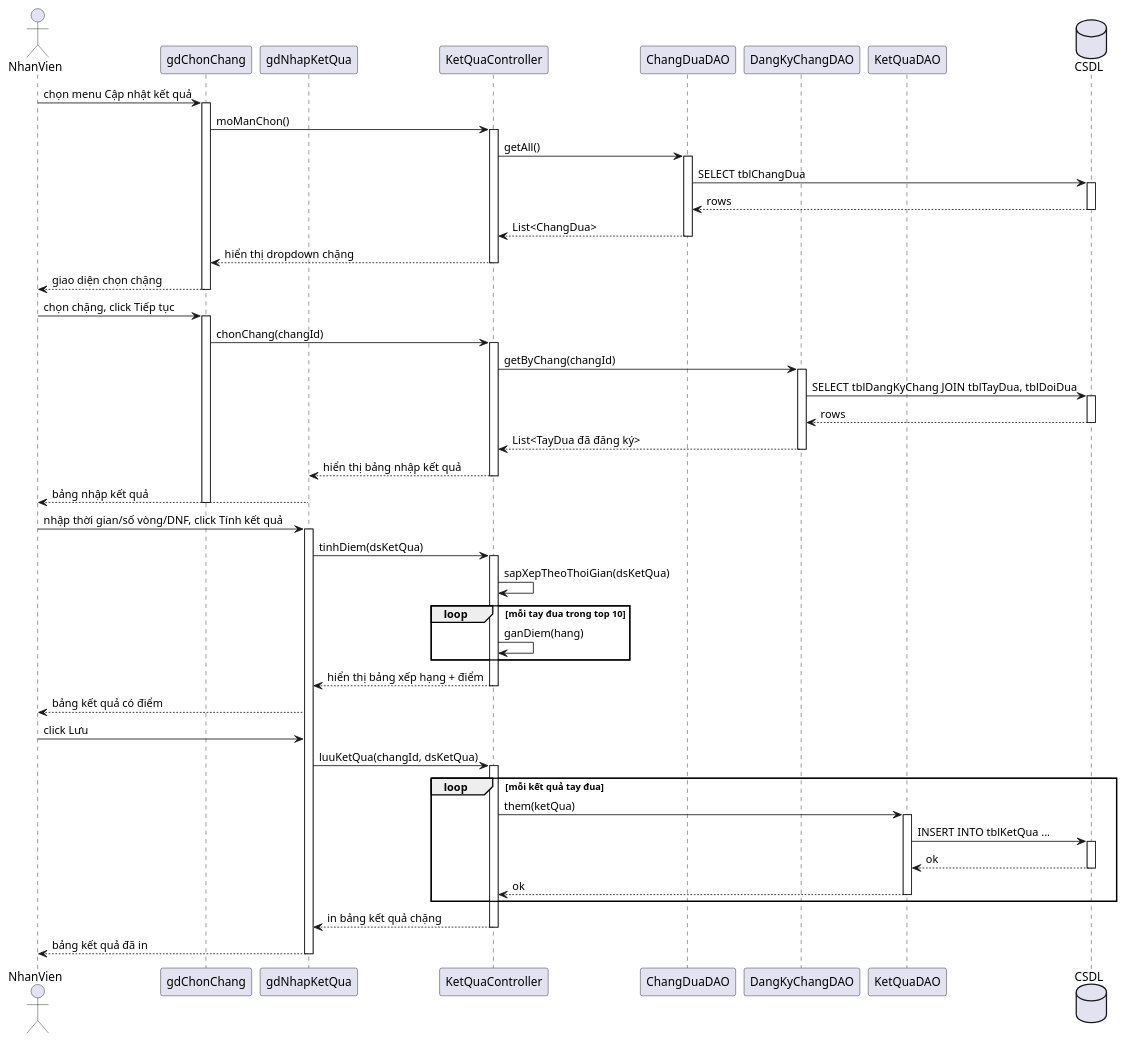
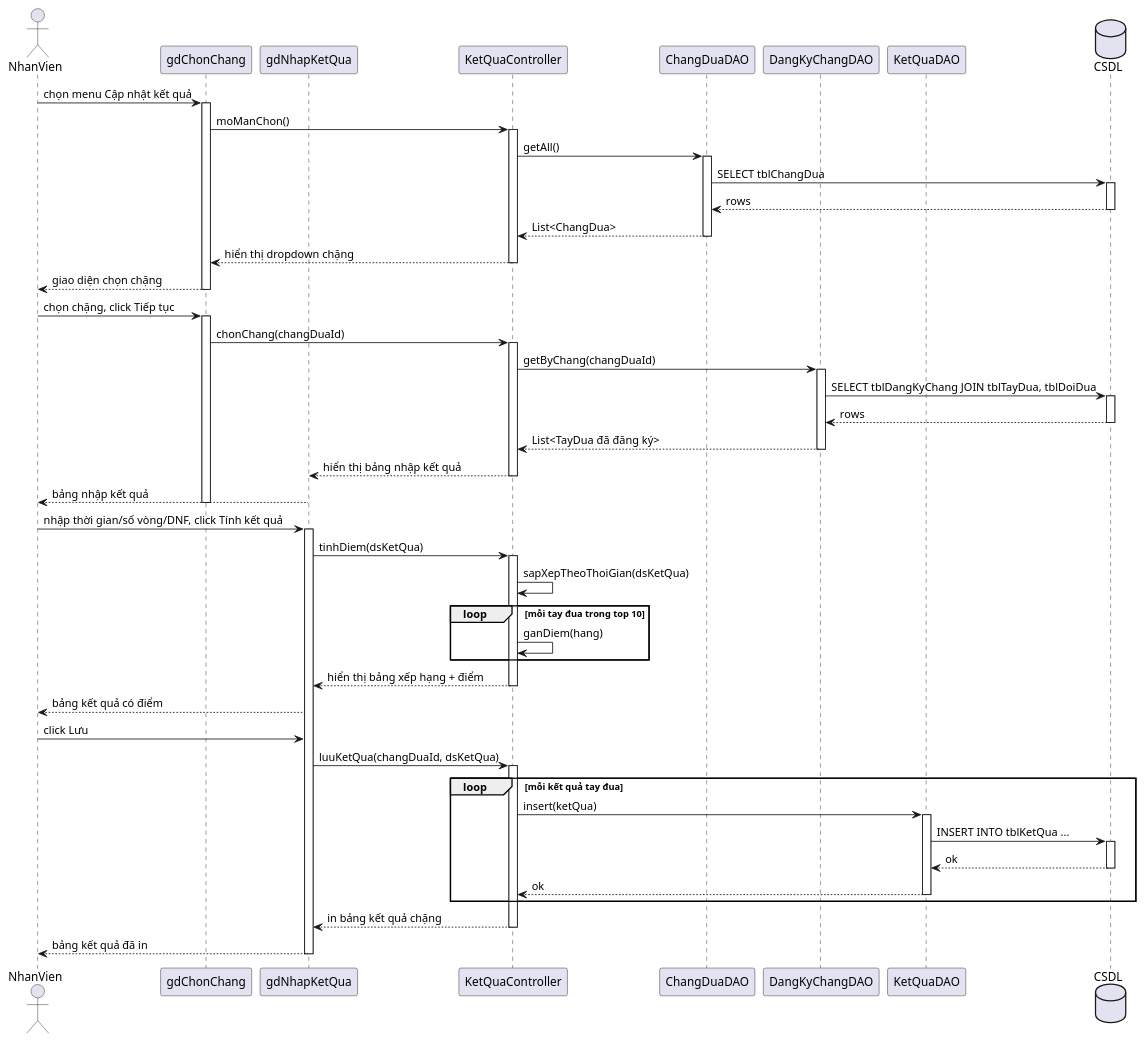
The fifth of 5 diagrams in Module 3 - Kiet/noi-dung.md (7gho/CNPM-He2026), drawn with PlantUML before and after one commit. The commit also changed other lines of this file and 9 other files, not shown here.

Commit message:
System-wide consistency + completeness pass (audit-driven): add ThanhVien entity, mua giai/tham gia UCs, restore M1 auto-close, English DAO naming, fix M4 KetQua joins

````diff
--- a/Module 3 - Kiet/noi-dung.md
+++ b/Module 3 - Kiet/noi-dung.md
@@ -193,76 +201,76 @@
 ```plantuml
 @startuml
 actor NhanVien as NV
 participant "gdChonChang" as V1
 participant "gdNhapKetQua" as V2
 participant "KetQuaController" as C
 participant "ChangDuaDAO" as CDAO
 participant "DangKyChangDAO" as DDAO
 participant "KetQuaDAO" as KDAO
 database "CSDL" as DB
 
 NV -> V1 : chọn menu Cập nhật kết quả
 activate V1
 V1 -> C : moManChon()
 activate C
 C -> CDAO : getAll()
 activate CDAO
 CDAO -> DB : SELECT tblChangDua
 activate DB
 DB --> CDAO : rows
 deactivate DB
 CDAO --> C : List<ChangDua>
 deactivate CDAO
 C --> V1 : hiển thị dropdown chặng
 deactivate C
 V1 --> NV : giao diện chọn chặng
 deactivate V1
 
 NV -> V1 : chọn chặng, click Tiếp tục
 activate V1
-V1 -> C : chonChang(changId)
+V1 -> C : chonChang(changDuaId)
 activate C
-C -> DDAO : getByChang(changId)
+C -> DDAO : getByChang(changDuaId)
 activate DDAO
 DDAO -> DB : SELECT tblDangKyChang JOIN tblTayDua, tblDoiDua
 activate DB
 DB --> DDAO : rows
 deactivate DB
 DDAO --> C : List<TayDua đã đăng ký>
 deactivate DDAO
 C --> V2 : hiển thị bảng nhập kết quả
 deactivate C
 V2 --> NV : bảng nhập kết quả
 deactivate V1
 
 NV -> V2 : nhập thời gian/số vòng/DNF, click Tính kết quả
 activate V2
 V2 -> C : tinhDiem(dsKetQua)
 activate C
 C -> C : sapXepTheoThoiGian(dsKetQua)
 loop mỗi tay đua trong top 10
   C -> C : ganDiem(hang)
 end
 C --> V2 : hiển thị bảng xếp hạng + điểm
 deactivate C
 V2 --> NV : bảng kết quả có điểm
 
 NV -> V2 : click Lưu
-V2 -> C : luuKetQua(changId, dsKetQua)
+V2 -> C : luuKetQua(changDuaId, dsKetQua)
 activate C
 loop mỗi kết quả tay đua
-  C -> KDAO : them(ketQua)
+  C -> KDAO : insert(ketQua)
   activate KDAO
   KDAO -> DB : INSERT INTO tblKetQua ...
   activate DB
   DB --> KDAO : ok
   deactivate DB
   KDAO --> C : ok
   deactivate KDAO
 end
 C --> V2 : in bảng kết quả chặng
 deactivate C
 V2 --> NV : bảng kết quả đã in
 deactivate V2
 @enduml
 ```
````
